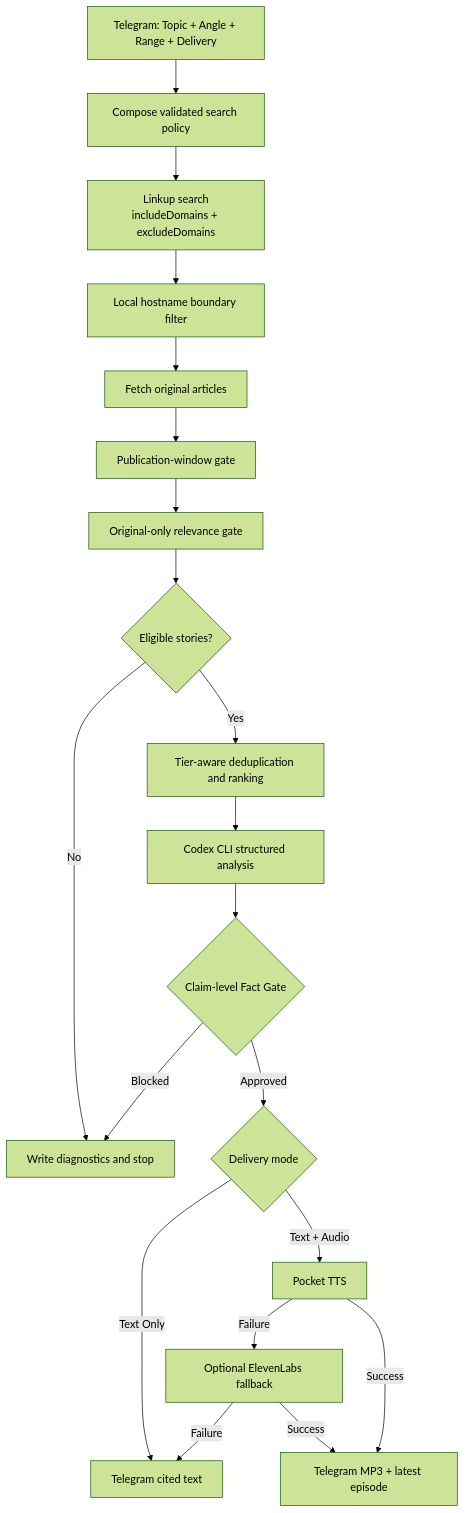
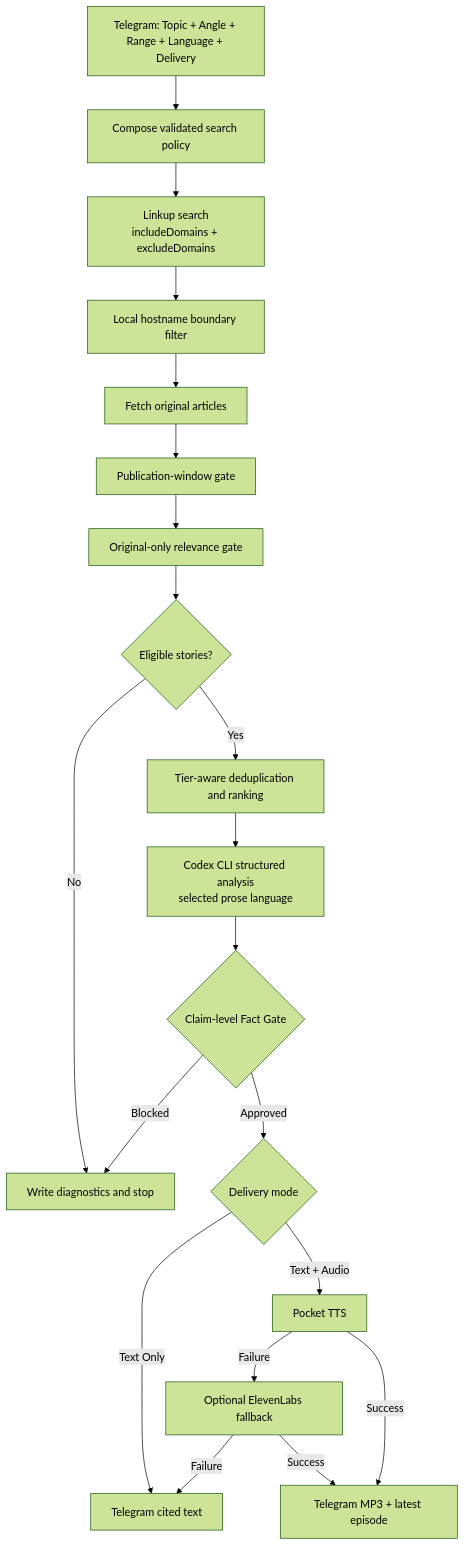
One commit to DAVIDshenghuei/Newsroom-Zero changed the diagram in README.md. Above: the diagram before and after it, drawn with Mermaid (forest theme). The commit also changed other lines of this file and 16 other files, not shown here.

````diff
--- a/README.md
+++ b/README.md
@@ -72,22 +87,22 @@
 ```mermaid
 flowchart TD
-    U[Telegram: Topic + Angle + Range + Delivery] --> P[Compose validated search policy]
+    U[Telegram: Topic + Angle + Range + Language + Delivery] --> P[Compose validated search policy]
     P --> L[Linkup search<br/>includeDomains + excludeDomains]
     L --> H[Local hostname boundary filter]
     H --> O[Fetch original articles]
     O --> W[Publication-window gate]
     W --> R[Original-only relevance gate]
     R --> Z{Eligible stories?}
     Z -- No --> D[Write diagnostics and stop]
     Z -- Yes --> K[Tier-aware deduplication and ranking]
-    K --> C[Codex CLI structured analysis]
+    K --> C[Codex CLI structured analysis<br/>selected prose language]
     C --> F{Claim-level Fact Gate}
     F -- Blocked --> D
     F -- Approved --> M{Delivery mode}
     M -- Text Only --> T[Telegram cited text]
     M -- Text + Audio --> V[Pocket TTS]
     V -- Failure --> E[Optional ElevenLabs fallback]
     E -- Failure --> T
     V -- Success --> A[Telegram MP3 + latest episode]
     E -- Success --> A
 ```
````
